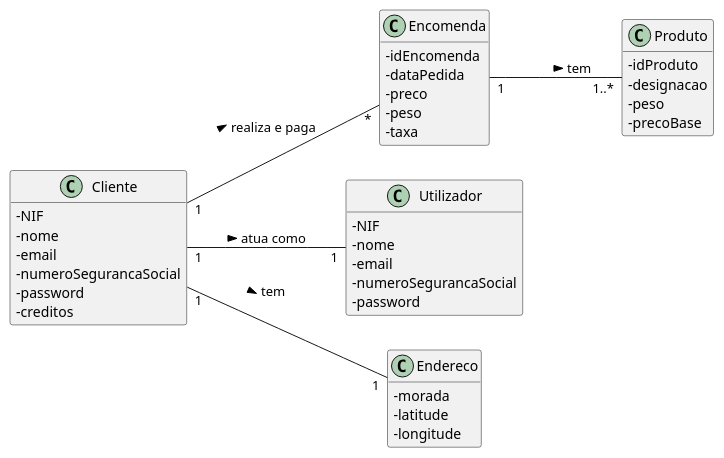
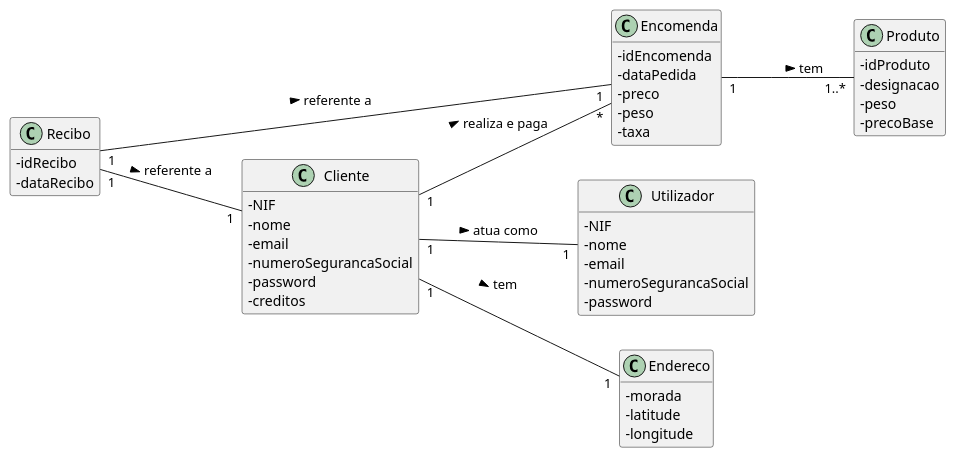
Before and after one commit to pedrolemos4/LAPR3: the diagram in docs/UC25/MD.puml, drawn with PlantUML. The commit also changed 3 other files, not shown here.

```diff
--- a/docs/UC25/MD.puml
+++ b/docs/UC25/MD.puml
@@ -1,51 +1,58 @@
 @startuml
 skinparam classAttributeIconSize 0
 hide methods
 left to right direction
 
 
 class Encomenda {
   -idEncomenda
   -dataPedida
   -preco
   -peso
   -taxa
+}
+
+class Recibo {
+  -idRecibo
+  -dataRecibo
 }
 
 class Produto {
   -idProduto
   -designacao
   -peso
   -precoBase
 }
 
 class Utilizador {
   -NIF
   -nome
   -email
   -numeroSegurancaSocial
   -password
 }
 
 class Endereco {
   -morada
   -latitude
   -longitude
 }
 
 class Cliente {
   -NIF
   -nome
   -email
   -numeroSegurancaSocial
   -password
   -creditos
 }
 
 
 Cliente "1" -- "1" Utilizador: atua como >
 Cliente "1" -- "*" Encomenda: realiza e paga >
 Encomenda "1" -- "1..*" Produto: tem >
 Cliente "1" -- "1" Endereco: tem >
+Recibo "1" -- "1" Encomenda: referente a >
+Recibo "1" -- "1" Cliente: referente a >
 
 @enduml
```
